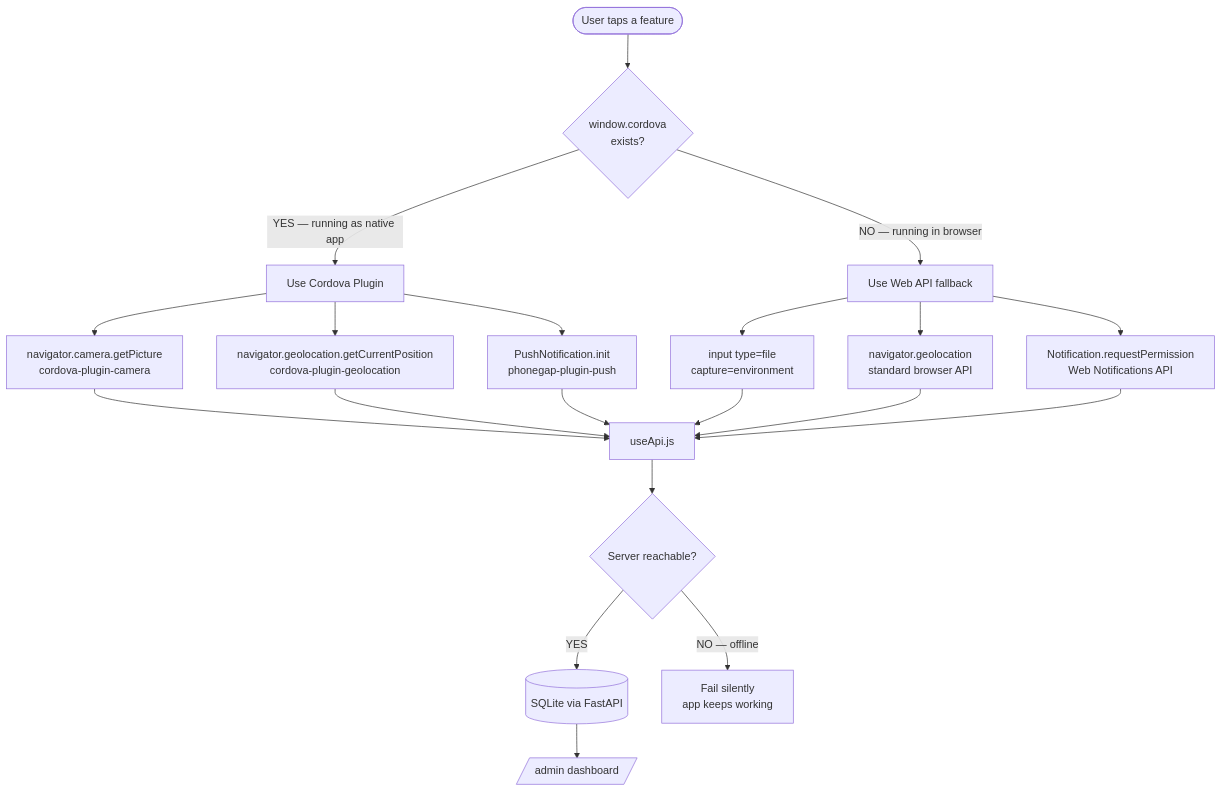
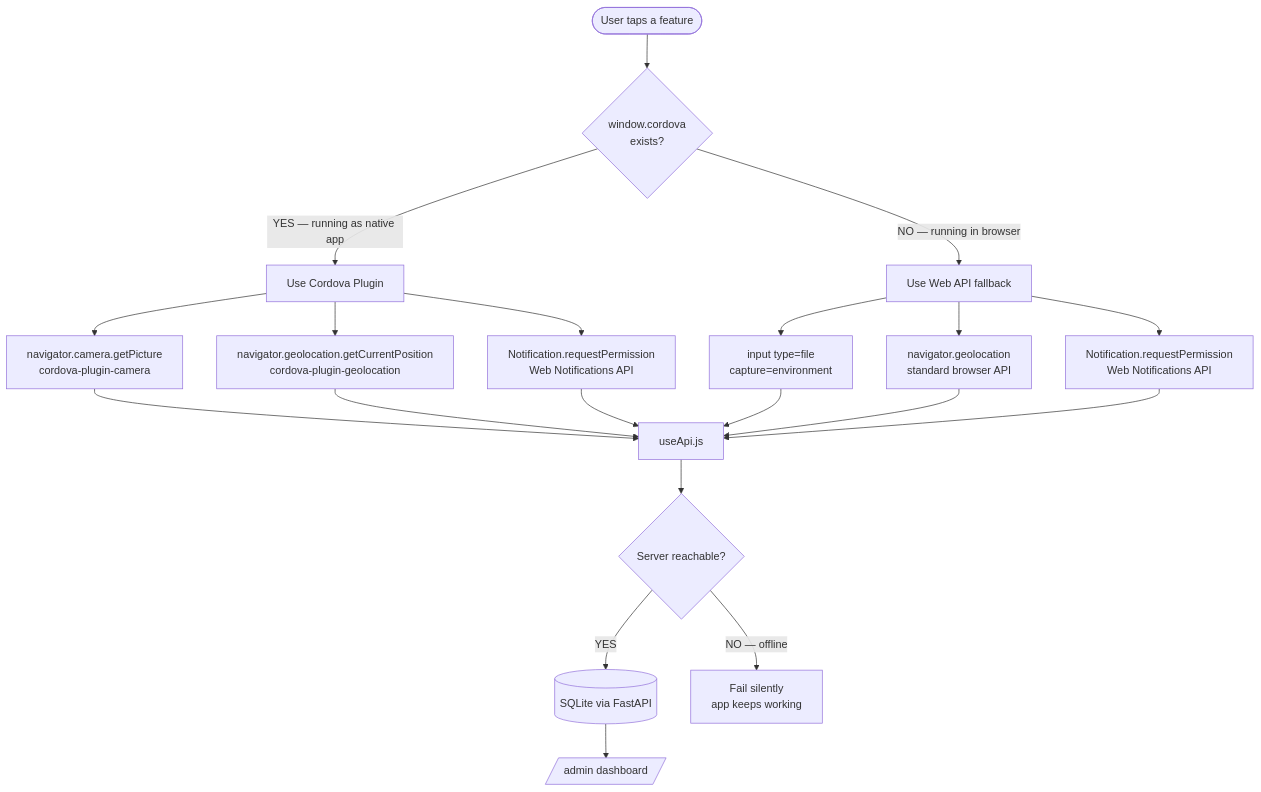
The first of 3 diagrams in README.md (hritishmahajan/hybrid-poc), drawn with Mermaid before and after one commit. The commit also changed other lines of this file and 2 other files, not shown here.

First line of the commit message:
Rewrite README with origin story + fix diagrams + wire APK to live backend

````diff
--- a/README.md
+++ b/README.md
@@ -161,24 +155,24 @@
 ```mermaid
 flowchart TD
     A([User taps a feature]) --> B{window.cordova\nexists?}
 
     B -->|YES — running as native app| C[Use Cordova Plugin]
     B -->|NO — running in browser| D[Use Web API fallback]
 
     C --> C1[navigator.camera.getPicture\ncordova-plugin-camera]
     C --> C2[navigator.geolocation.getCurrentPosition\ncordova-plugin-geolocation]
-    C --> C3[PushNotification.init\nphonegap-plugin-push]
+    C --> C3[Notification.requestPermission\nWeb Notifications API]
 
     D --> D1[input type=file\ncapture=environment]
     D --> D2[navigator.geolocation\nstandard browser API]
     D --> D3[Notification.requestPermission\nWeb Notifications API]
 
     C1 & C2 & C3 --> E[useApi.js]
     D1 & D2 & D3 --> E
 
     E --> F{Server reachable?}
     F -->|YES| G[(SQLite via FastAPI)]
     F -->|NO — offline| H[Fail silently\napp keeps working]
 
     G --> I[/admin dashboard/]
 ```
````
